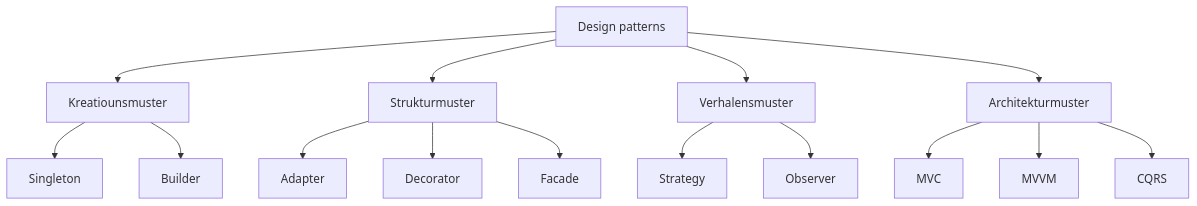
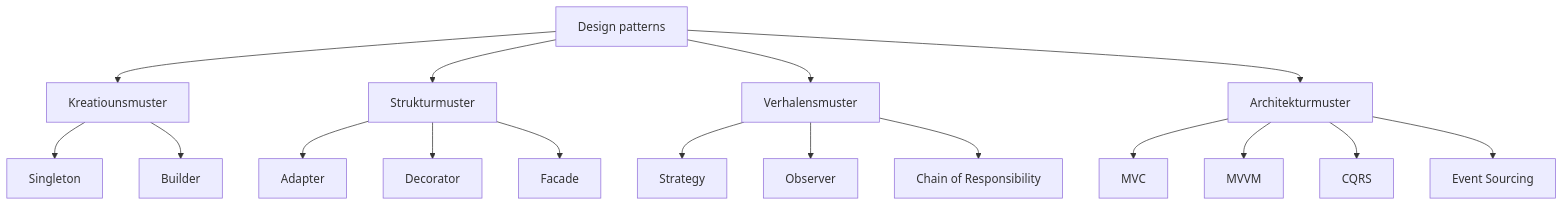
The diagram in src/content/blog/lb/design-patterns-for-developers.md (opage/portfolio), drawn with Mermaid before and after one commit. The commit also changed other lines of this file and 11 other files, not shown here.

````diff
--- a/src/content/blog/lb/design-patterns-for-developers.md
+++ b/src/content/blog/lb/design-patterns-for-developers.md
@@ -12,17 +12,19 @@
 ```mermaid
 flowchart TD
     A[Design patterns] --> B[Kreatiounsmuster]
     A --> C[Strukturmuster]
     A --> D[Verhalensmuster]
     A --> E[Architekturmuster]
     B --> B1[Singleton]
     B --> B2[Builder]
     C --> C1[Adapter]
     C --> C2[Decorator]
     C --> C3[Facade]
     D --> D1[Strategy]
     D --> D2[Observer]
+    D --> D3[Chain of Responsibility]
     E --> E1[MVC]
     E --> E2[MVVM]
     E --> E3[CQRS]
+    E --> E4[Event Sourcing]
 ```
````
